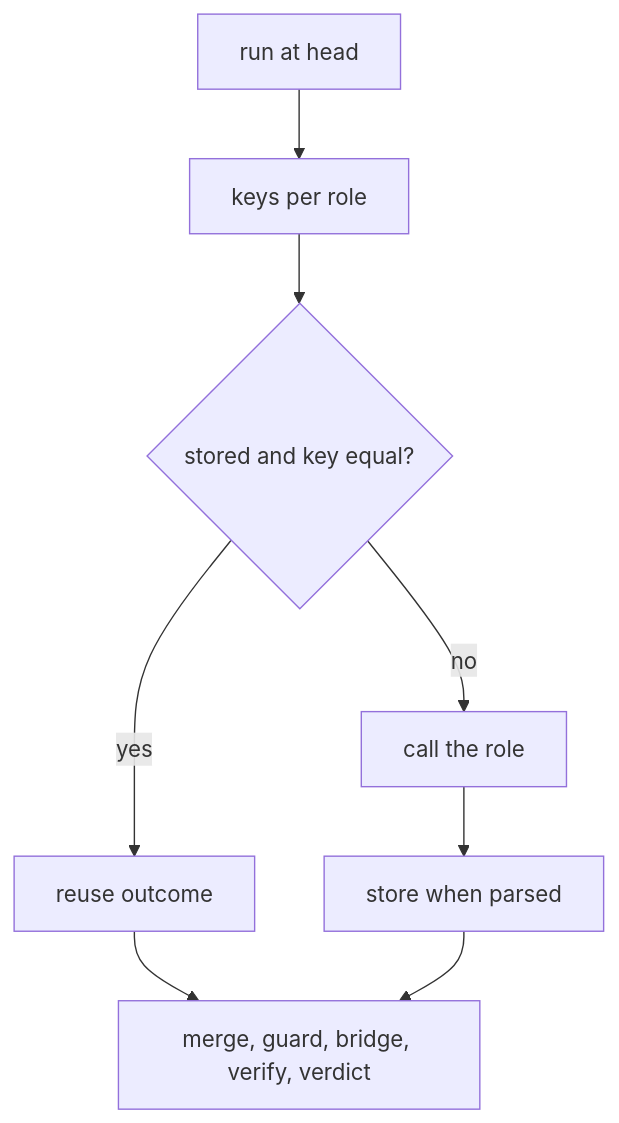
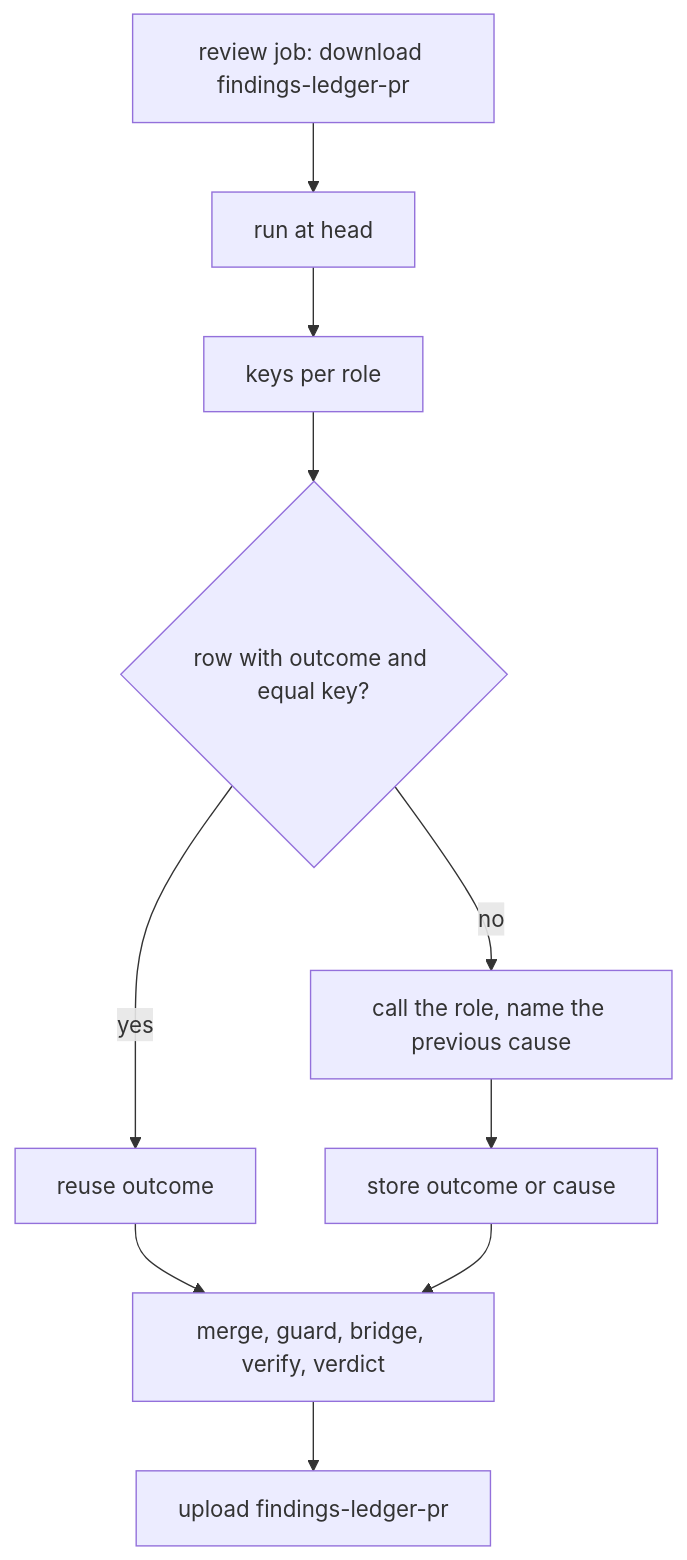
The diagram in docs/specs/2026-11-12_SP-REVIEW-RESUMES-FAILED-ROLES_a-retry-calls-the-roles-that-failed-not-the-four.md (repoachhq/repoach), drawn with Mermaid before and after one commit. The commit also changed other lines of this file, not shown here.

First line of the commit message:
docs(specs): approve the role resume, every role recorded

````diff
--- a/docs/specs/2026-11-12_SP-REVIEW-RESUMES-FAILED-ROLES_a-retry-calls-the-roles-that-failed-not-the-four.md
+++ b/docs/specs/2026-11-12_SP-REVIEW-RESUMES-FAILED-ROLES_a-retry-calls-the-roles-that-failed-not-the-four.md
@@ -130,10 +248,12 @@
 ```mermaid
 flowchart TD
-    S[run at head] --> K[keys per role]
-    K --> L{stored and key equal?}
+    A[review job: download findings-ledger-pr] --> S[run at head]
+    S --> K[keys per role]
+    K --> L{row with outcome and equal key?}
     L -->|yes| R[reuse outcome]
-    L -->|no| C[call the role]
-    C --> W[store when parsed]
+    L -->|no| C[call the role, name the previous cause]
+    C --> W[store outcome or cause]
     R --> M[merge, guard, bridge, verify, verdict]
     W --> M
+    M --> U[upload findings-ledger-pr]
 ```
````
